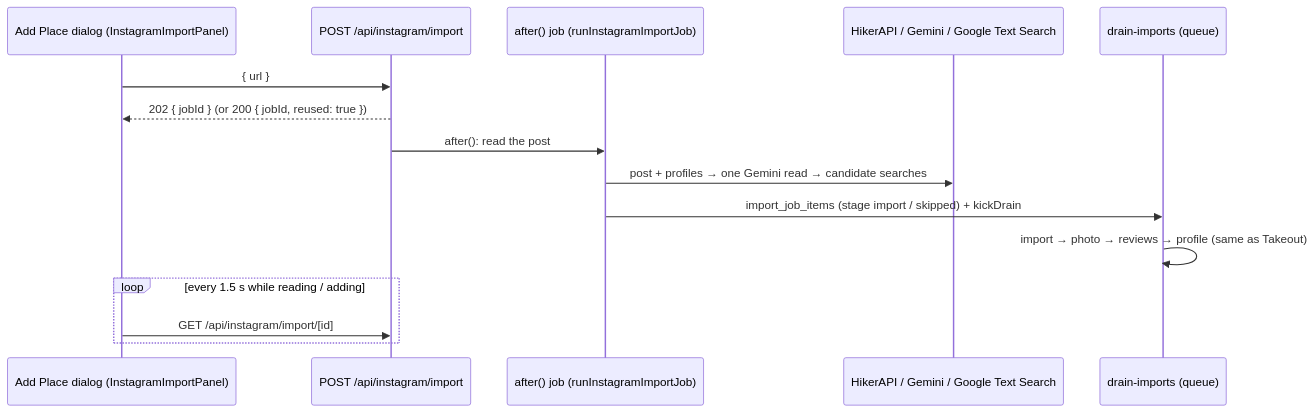
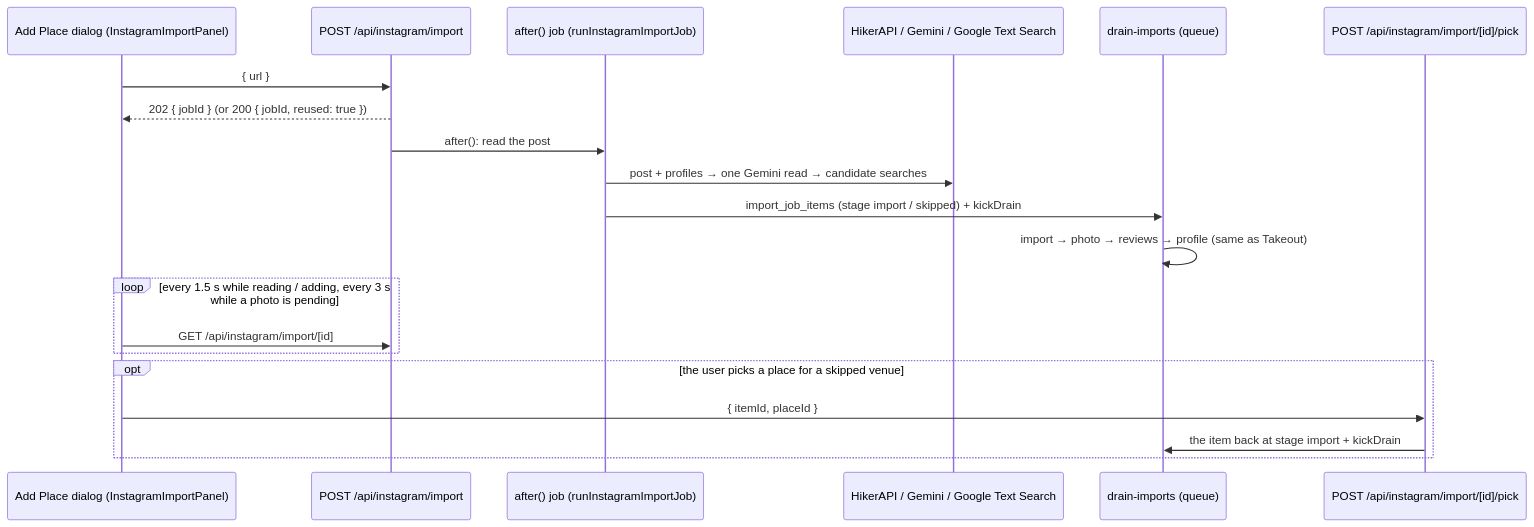
The diagram in docs/05-flows/instagram-import-flow.md (ozanoid/map-organiser), drawn with Mermaid before and after one commit. The commit also changed other lines of this file and 28 other files, not shown here.

````diff
--- a/docs/05-flows/instagram-import-flow.md
+++ b/docs/05-flows/instagram-import-flow.md
@@ -92,17 +111,22 @@
 ```mermaid
 sequenceDiagram
   participant D as Add Place dialog (InstagramImportPanel)
   participant R as POST /api/instagram/import
   participant J as after() job (runInstagramImportJob)
   participant X as HikerAPI / Gemini / Google Text Search
   participant Q as drain-imports (queue)
+  participant P as POST /api/instagram/import/[id]/pick
   D->>R: { url }
   R-->>D: 202 { jobId }  (or 200 { jobId, reused: true })
   R->>J: after(): read the post
   J->>X: post + profiles → one Gemini read → candidate searches
   J->>Q: import_job_items (stage import / skipped) + kickDrain
   Q->>Q: import → photo → reviews → profile (same as Takeout)
-  loop every 1.5 s while reading / adding
+  loop every 1.5 s while reading / adding, every 3 s while a photo is pending
     D->>R: GET /api/instagram/import/[id]
   end
+  opt the user picks a place for a skipped venue
+    D->>P: { itemId, placeId }
+    P->>Q: the item back at stage import + kickDrain
+  end
 ```
````
